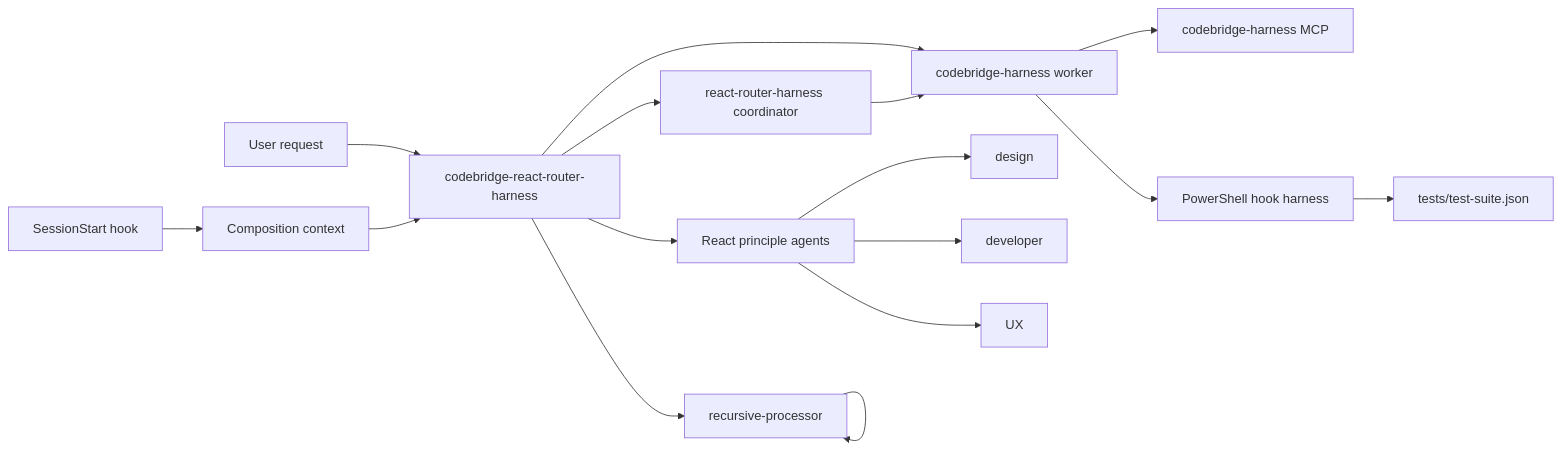
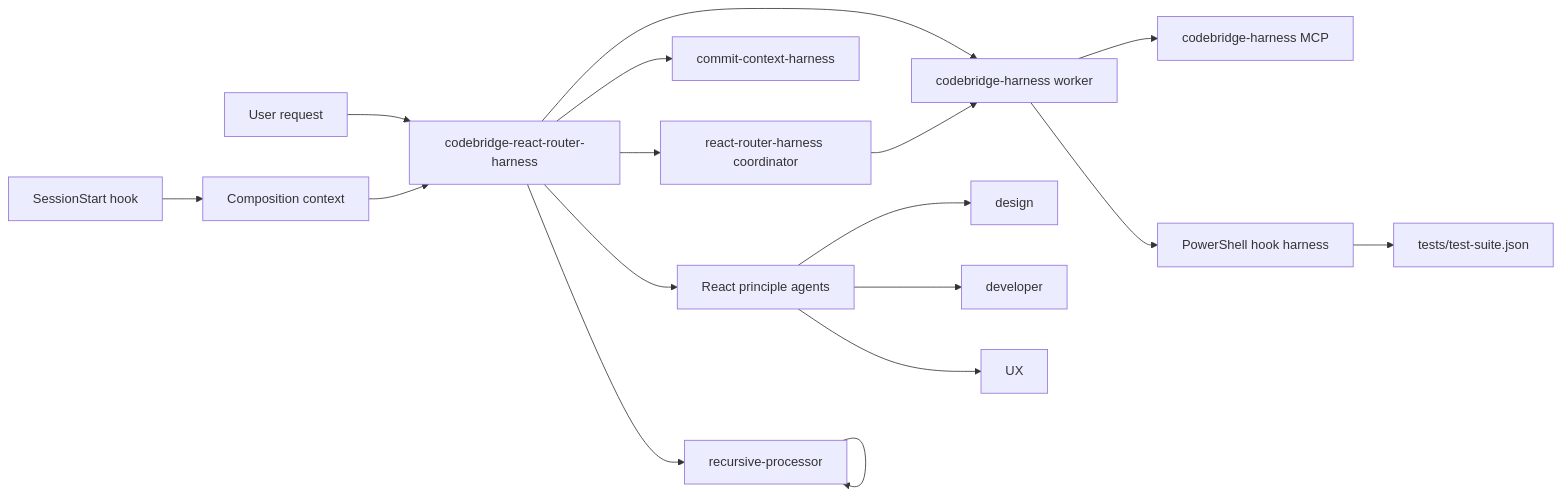
The diagram in README.md (MuraraAllan/codebridge-harness), drawn with Mermaid before and after one commit. The commit also changed other lines of this file and 20 other files, not shown here.

````diff
--- a/README.md
+++ b/README.md
@@ -7,21 +7,22 @@
 ```mermaid
 flowchart LR
     U[User request] --> A[codebridge-react-router-harness]
     A --> R[react-router-harness coordinator]
     A --> H[codebridge-harness worker]
+    A --> CM[commit-context-harness]
     A --> P[React principle agents]
     A --> X[recursive-processor]
     X --> X
 
     P --> D[design]
     P --> V[developer]
     P --> UX[UX]
 
     R --> H
     H --> M[codebridge-harness MCP]
     H --> T[PowerShell hook harness]
 
     S[SessionStart hook] --> C[Composition context]
     C --> A
     T --> Q[tests/test-suite.json]
 ```
````
